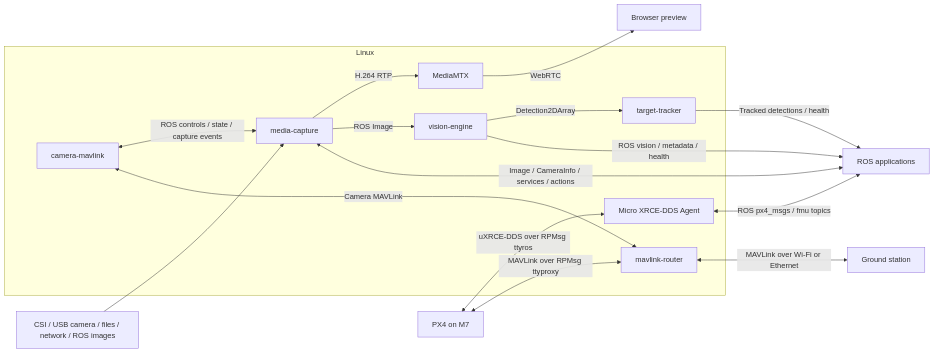
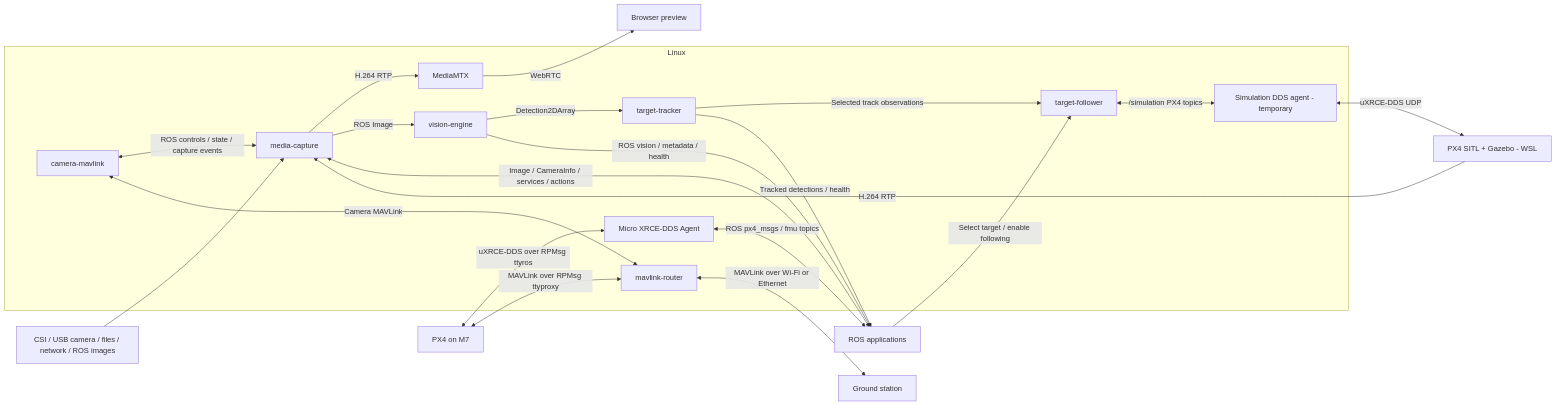
One commit to Swamy-BV/meta-raven changed the diagram in README.md. Above: the diagram before and after it, drawn with Mermaid. The commit also changed other lines of this file and 24 other files, not shown here.

First line of the commit message:
Add selected-target following and a Gazebo PX4 flight loop

````diff
--- a/README.md
+++ b/README.md
@@ -45,26 +50,33 @@
 ```mermaid
 flowchart LR
     source[CSI / USB camera / files / network / ROS images] --> media
     subgraph linux[Linux]
         media[media-capture]
         camera[camera-mavlink]
         video[MediaMTX]
         vision[vision-engine]
         tracker[target-tracker]
+        follower[target-follower]
+        simagent[Simulation DDS agent - temporary]
         agent[Micro XRCE-DDS Agent]
         router[mavlink-router]
         camera <-->|ROS controls / state / capture events| media
         camera <-->|Camera MAVLink| router
         media -->|H.264 RTP| video
         media -->|ROS Image| vision
         vision -->|Detection2DArray| tracker
+        tracker -->|Selected track observations| follower
+        follower <-->|/simulation PX4 topics| simagent
     end
+    ros -->|Select target / enable following| follower
+    simagent <-->|uXRCE-DDS UDP| simulation[PX4 SITL + Gazebo - WSL]
+    simulation -->|H.264 RTP| media
     video -->|WebRTC| browser[Browser preview]
     media <-->|Image / CameraInfo / services / actions| ros[ROS applications]
     vision -->|ROS vision / metadata / health| ros
     tracker -->|Tracked detections / health| ros
     px4[PX4 on M7] <-->|uXRCE-DDS over RPMsg ttyros| agent
     agent <-->|ROS px4_msgs / fmu topics| ros
     px4 <-->|MAVLink over RPMsg ttyproxy| router
     router <-->|MAVLink over Wi-Fi or Ethernet| gcs[Ground station]
 ```
````
